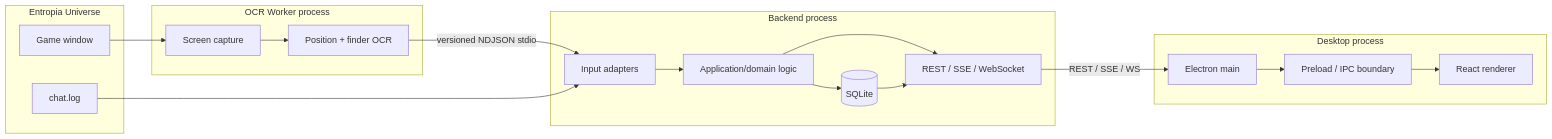
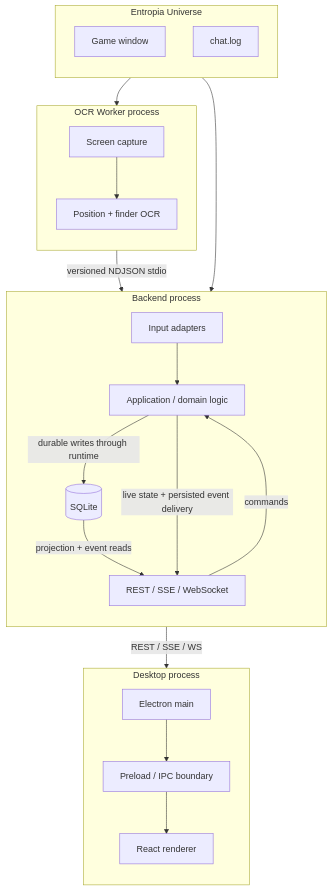
The first of 8 diagrams in docs/architecture.md (PatrykCieszynski/ZML), drawn with Mermaid before and after one commit. The commit also changed other lines of this file, not shown here.

Commit message:
Clarify vertical architecture data flows

````diff
--- a/docs/architecture.md
+++ b/docs/architecture.md
@@ -9,36 +9,42 @@
 ```mermaid
-flowchart LR
+flowchart TB
     subgraph Game[Entropia Universe]
+        direction TB
         Window[Game window]
         Chat[chat.log]
     end
 
     subgraph WorkerProcess[OCR Worker process]
+        direction TB
         Capture[Screen capture]
         OCR[Position + finder OCR]
         Capture --> OCR
     end
 
     subgraph BackendProcess[Backend process]
+        direction TB
         Inputs[Input adapters]
-        App[Application/domain logic]
+        App[Application / domain logic]
+        API[REST / SSE / WebSocket]
         DB[(SQLite)]
-        API[REST / SSE / WebSocket]
+
         Inputs --> App
-        App --> DB
-        App --> API
-        DB --> API
+        API -->|commands| App
+        App -->|durable writes through runtime| DB
+        DB -->|projection + event reads| API
+        App -->|live state + persisted event delivery| API
     end
 
     subgraph DesktopProcess[Desktop process]
+        direction TB
         Main[Electron main]
         Preload[Preload / IPC boundary]
         Renderer[React renderer]
         Main --> Preload --> Renderer
     end
 
     Window --> Capture
     OCR -->|versioned NDJSON stdio| Inputs
     Chat --> Inputs
     API -->|REST / SSE / WS| Main
 ```
````
